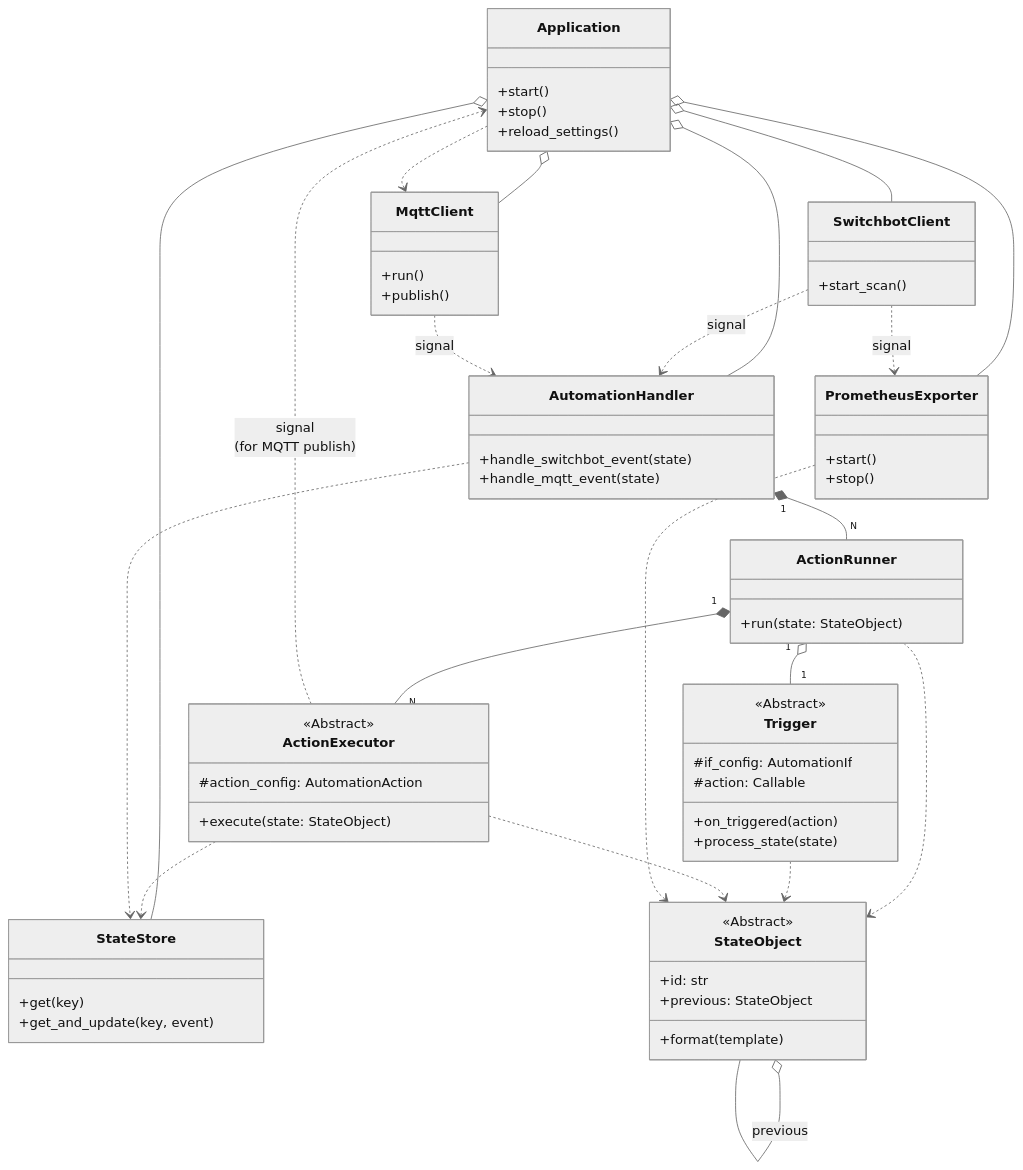
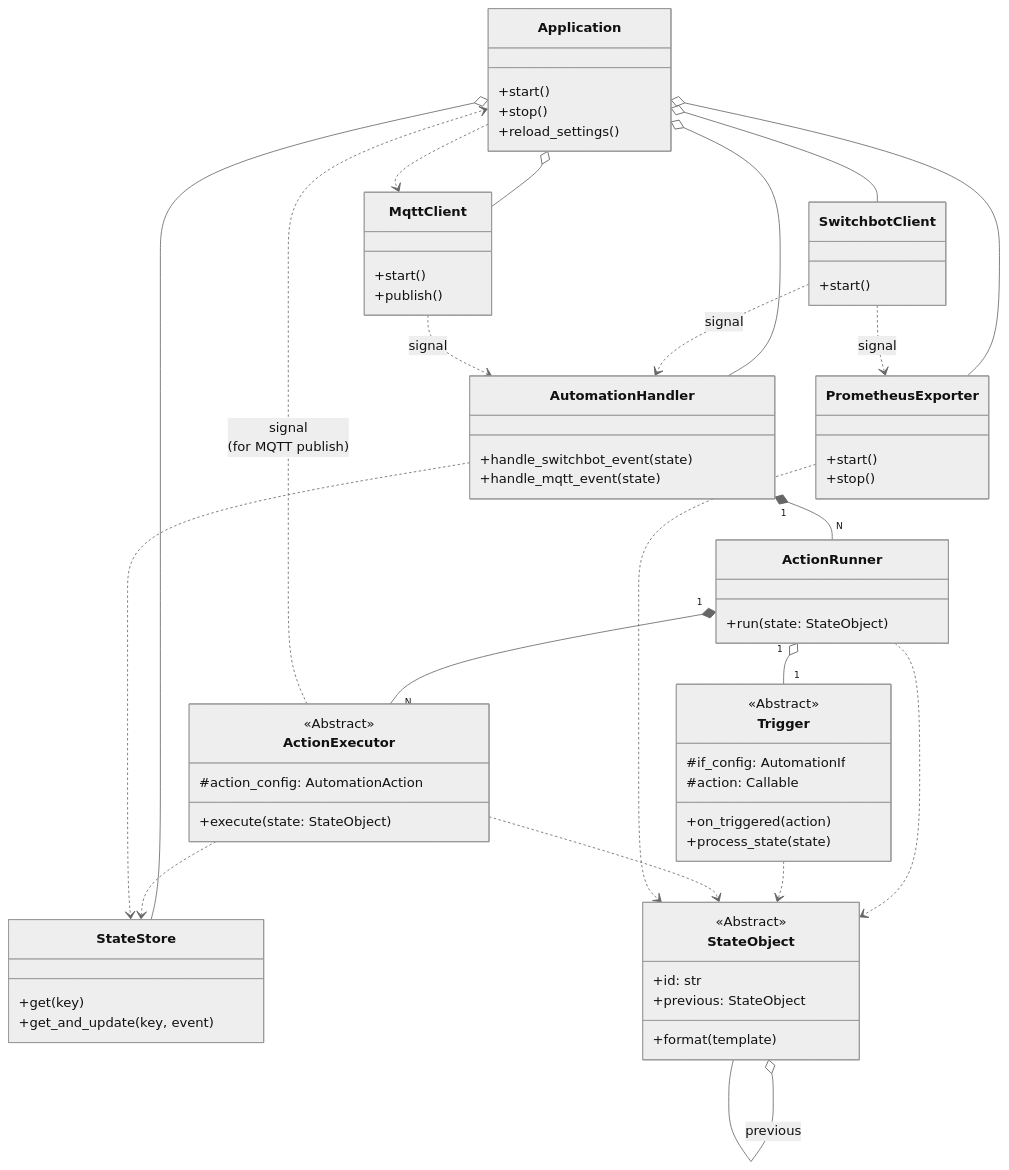
One commit to hnw/switchbot-actions changed the diagram in docs/specification.md. Above: the diagram before and after it, drawn with Mermaid (neutral theme). The commit also changed other lines of this file and 11 other files, not shown here.

```diff
--- a/docs/specification.md
+++ b/docs/specification.md
@@ -30,11 +30,11 @@
     }
 
     class SwitchbotClient {
-        +start_scan()
+        +start()
     }
 
     class MqttClient {
-        +run()
+        +start()
         +publish()
     }
 
```
